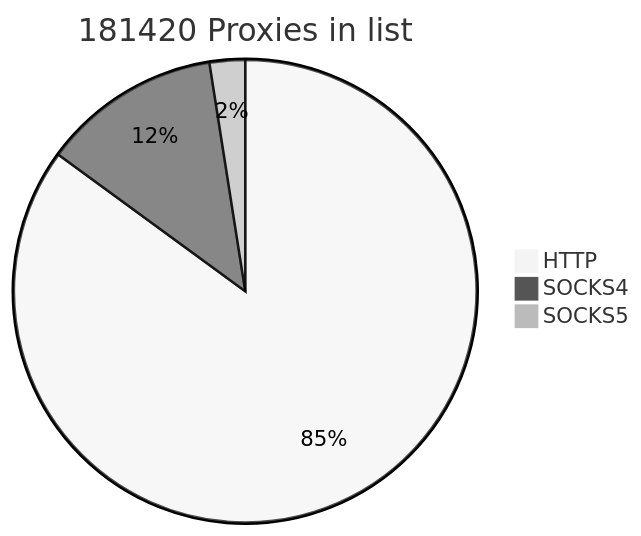
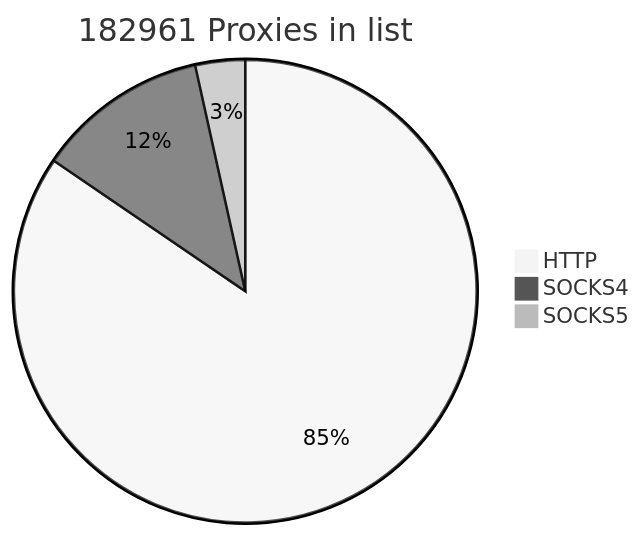
One commit to cutipu/proxylist changed the first of 2 diagrams in README.md. Above: the diagram before and after it, drawn with Mermaid (neutral theme). The commit also changed other lines of this file, not shown here.

````diff
--- a/README.md
+++ b/README.md
@@ -2,7 +2,7 @@
 ```mermaid
-pie title 181420 Proxies in list
-    "HTTP" : 154280
-    "SOCKS4" : 22642
-    "SOCKS5" : 4498
+pie title 182961 Proxies in list
+    "HTTP" : 154656
+    "SOCKS4" : 21949
+    "SOCKS5" : 6356
             
 ```
````
